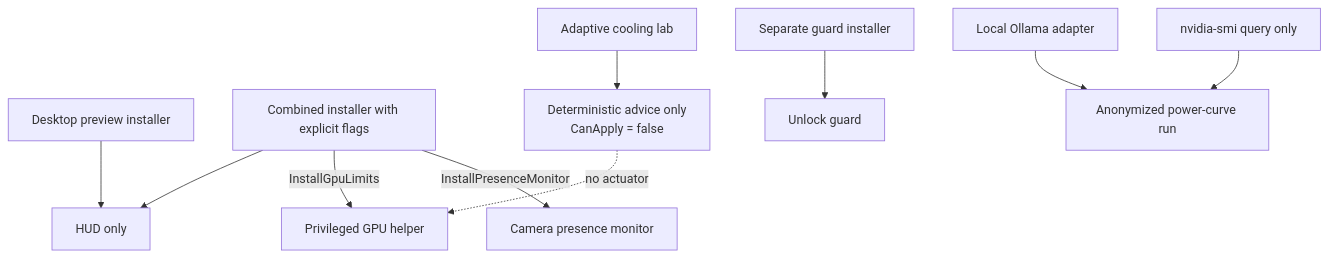
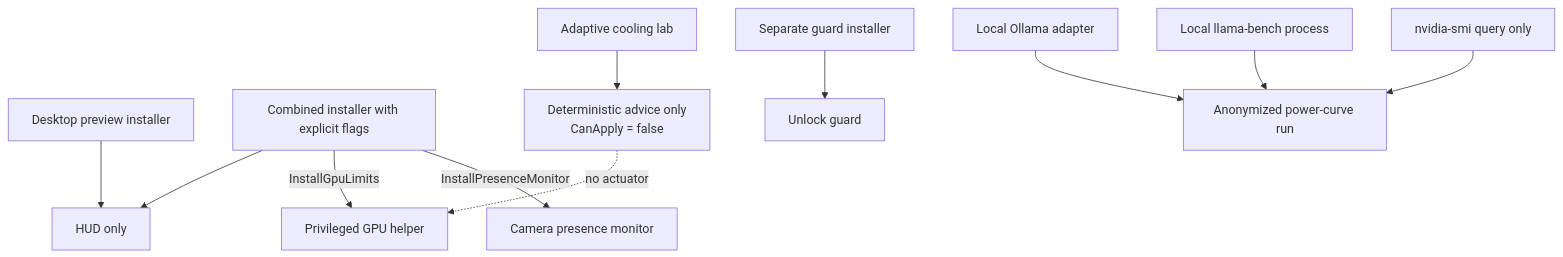
One commit to alirezakeshmirisocial-coder/ca-autoconfig changed the third of 3 diagrams in docs/ARCHITECTURE.md. Above: the diagram before and after it, drawn with Mermaid. The commit also changed other lines of this file and 16 other files, not shown here.

Commit message:
feat: add offline llama-bench power adapter

````diff
--- a/docs/ARCHITECTURE.md
+++ b/docs/ARCHITECTURE.md
@@ -97,13 +97,14 @@
 ```mermaid
 flowchart TB
     default[Desktop preview installer] --> hud[HUD only]
     combined[Combined installer with explicit flags] --> hud
     combined -->|InstallGpuLimits| gpu[Privileged GPU helper]
     combined -->|InstallPresenceMonitor| presence[Camera presence monitor]
     manual[Separate guard installer] --> guard[Unlock guard]
 
     ollama[Local Ollama adapter] --> curve[Anonymized power-curve run]
+    llamabench[Local llama-bench process] --> curve
     smi2[nvidia-smi query only] --> curve
     lab[Adaptive cooling lab] --> advice[Deterministic advice only<br/>CanApply = false]
     advice -. no actuator .-> gpu
 ```
````
